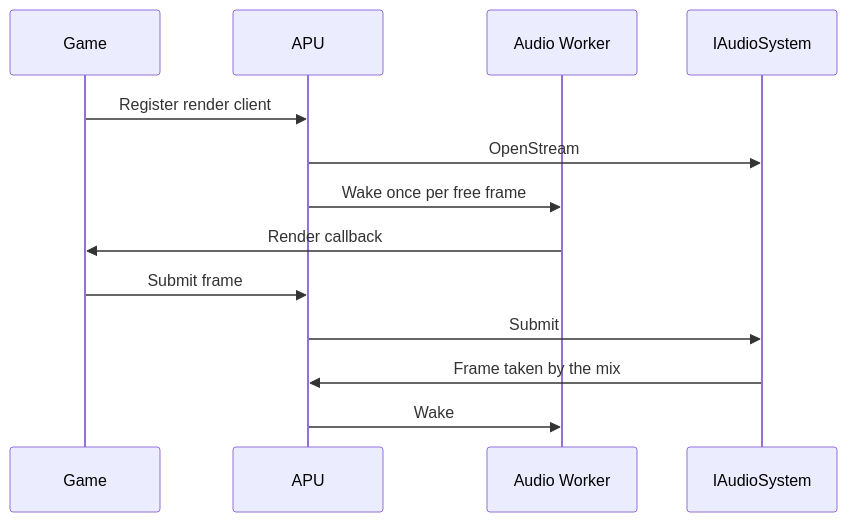
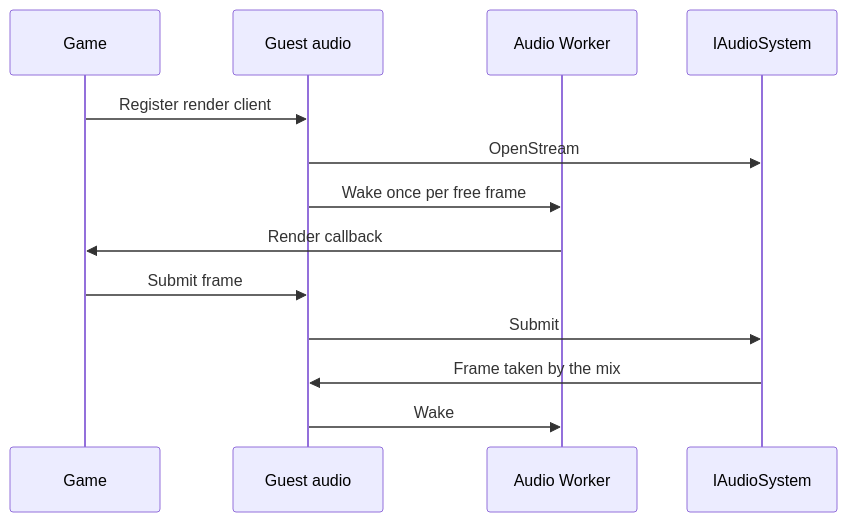
The diagram in docs/site/pages/devices/audio.md (rexglue/rexglue-sdk), drawn with Mermaid before and after one commit. The commit also changed other lines of this file and 46 other files, not shown here.

````diff
--- a/docs/site/pages/devices/audio.md
+++ b/docs/site/pages/devices/audio.md
@@ -44,15 +44,15 @@
 ```mermaid
 sequenceDiagram
     participant G as Game
-    participant A as APU
+    participant A as Guest audio
     participant W as Audio Worker
     participant S as IAudioSystem
     G->>A: Register render client
     A->>S: OpenStream
     A->>W: Wake once per free frame
     W->>G: Render callback
     G->>A: Submit frame
     A->>S: Submit
     S->>A: Frame taken by the mix
     A->>W: Wake
 ```
````
